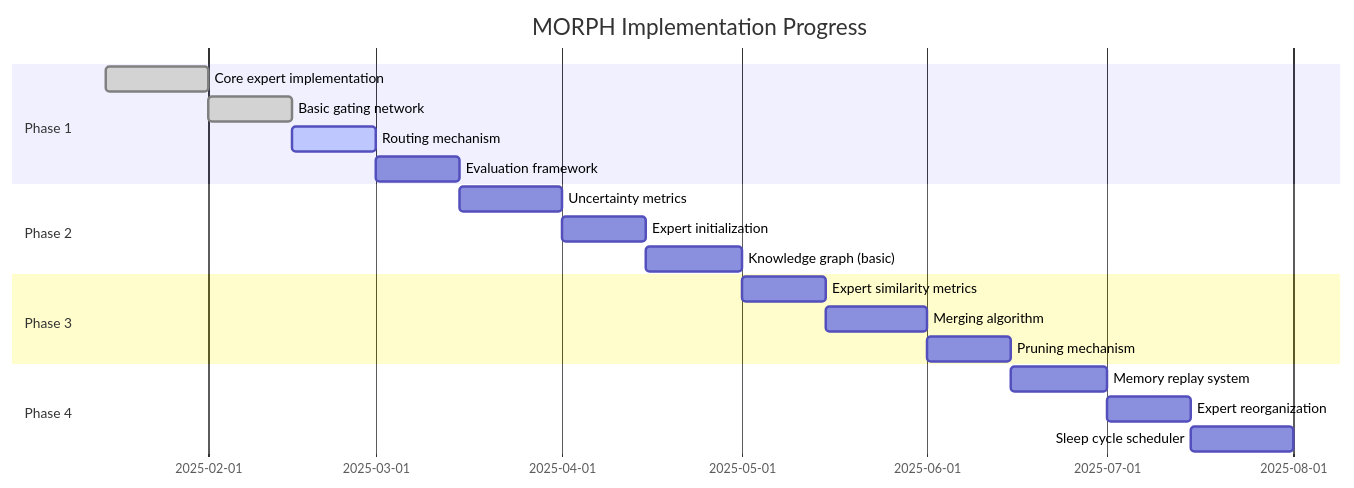
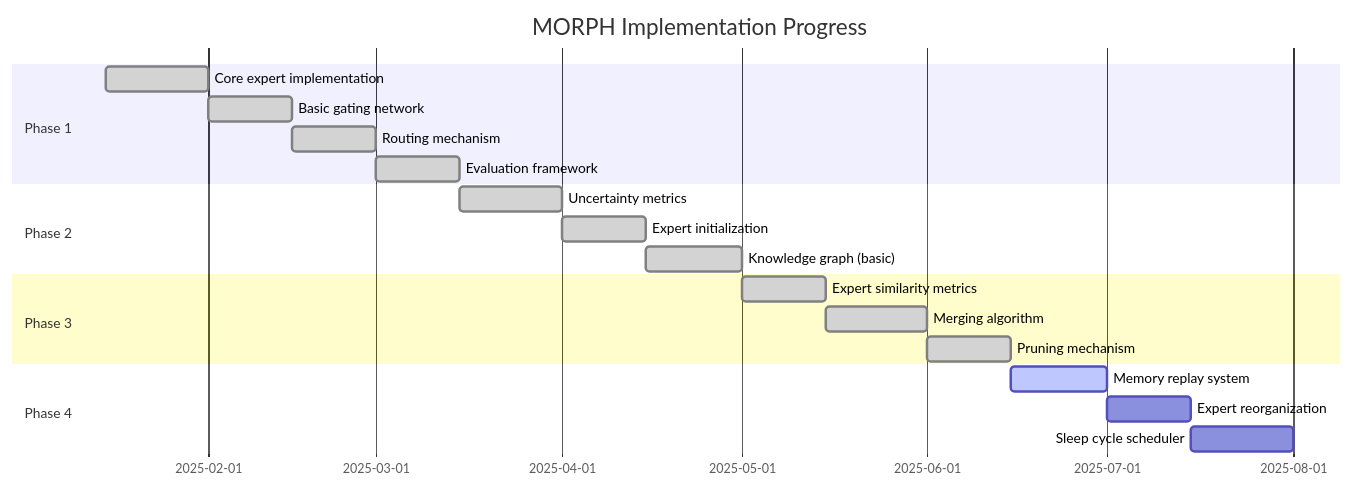
Before and after one commit to BerkZerker/Project-MORPH: the second of 3 diagrams in README.md, drawn with Mermaid. The commit also changed other lines of this file and 7 other files, not shown here.

First line of the commit message:
Implement dynamic expert merging and pruning (Phase 3)

````diff
--- a/README.md
+++ b/README.md
@@ -108,26 +108,26 @@
 ```mermaid
 gantt
     title MORPH Implementation Progress
     dateFormat YYYY-MM-DD
     
     section Phase 1
     Core expert implementation   :done, p1_1, 2025-01-15, 2025-02-01
     Basic gating network         :done, p1_2, 2025-02-01, 2025-02-15
-    Routing mechanism            :active, p1_3, 2025-02-15, 2025-03-01
-    Evaluation framework         :p1_4, 2025-03-01, 2025-03-15
+    Routing mechanism            :done, p1_3, 2025-02-15, 2025-03-01
+    Evaluation framework         :done, p1_4, 2025-03-01, 2025-03-15
     
     section Phase 2
-    Uncertainty metrics          :p2_1, 2025-03-15, 2025-04-01
-    Expert initialization        :p2_2, 2025-04-01, 2025-04-15
-    Knowledge graph (basic)      :p2_3, 2025-04-15, 2025-05-01
+    Uncertainty metrics          :done, p2_1, 2025-03-15, 2025-04-01
+    Expert initialization        :done, p2_2, 2025-04-01, 2025-04-15
+    Knowledge graph (basic)      :done, p2_3, 2025-04-15, 2025-05-01
     
     section Phase 3
-    Expert similarity metrics    :p3_1, 2025-05-01, 2025-05-15
-    Merging algorithm            :p3_2, 2025-05-15, 2025-06-01
-    Pruning mechanism            :p3_3, 2025-06-01, 2025-06-15
+    Expert similarity metrics    :done, p3_1, 2025-05-01, 2025-05-15
+    Merging algorithm            :done, p3_2, 2025-05-15, 2025-06-01
+    Pruning mechanism            :done, p3_3, 2025-06-01, 2025-06-15
     
     section Phase 4
-    Memory replay system         :p4_1, 2025-06-15, 2025-07-01
+    Memory replay system         :active, p4_1, 2025-06-15, 2025-07-01
     Expert reorganization        :p4_2, 2025-07-01, 2025-07-15
     Sleep cycle scheduler        :p4_3, 2025-07-15, 2025-08-01
 ```
````
